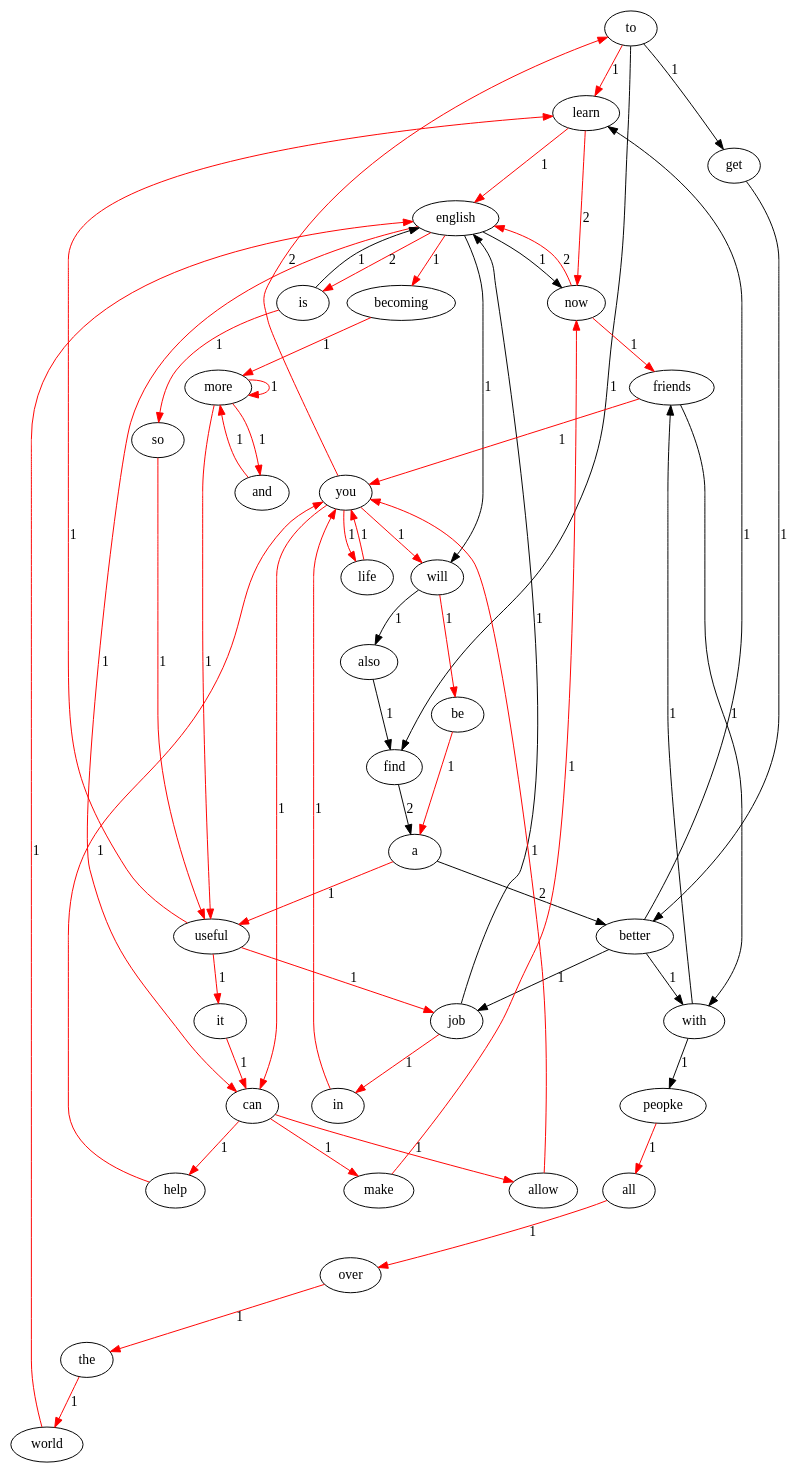
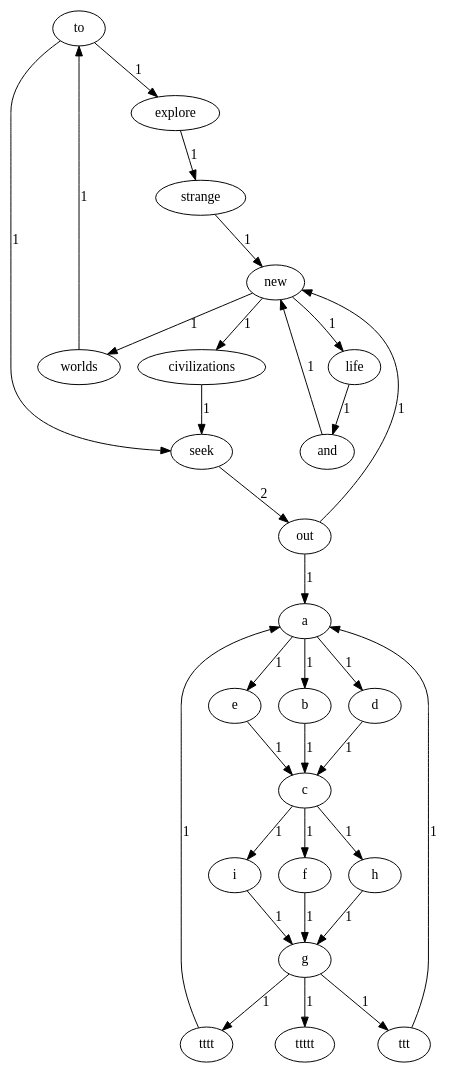
One commit to The-water-tree/Lab1-1 changed the diagram in lab1/file3.gv. Above: the diagram before and after it, drawn with Graphviz. The commit also changed 3 other files, not shown here.

```diff
--- a/lab1/file3.gv
+++ b/lab1/file3.gv
@@ -1,92 +1,54 @@
 digraph abc{to;
-learn;
-english;
-now;
-is;
-becoming;
-more;
+explore;
+strange;
+new;
+worlds;
+seek;
+out;
+life;
 and;
-useful;
-it;
-can;
-help;
-you;
-find;
+civilizations;
 a;
-better;
-job;
-allow;
-get;
-with;
-friends;
-make;
-peopke;
-all;
-over;
-the;
-world;
-will;
-be;
-in;
-life;
-also;
-so;
-to -> learn [label = "1" , color = "red"];
-to -> find [label = "1" ];
-to -> get [label = "1" ];
-learn -> english [label = "1" , color = "red"];
-learn -> now [label = "2" , color = "red"];
-english -> now [label = "1" ];
-english -> is [label = "2" , color = "red"];
-english -> becoming [label = "1" , color = "red"];
-english -> can [label = "1" , color = "red"];
-english -> will [label = "1" ];
-now -> english [label = "2" , color = "red"];
-now -> friends [label = "1" , color = "red"];
-is -> english [label = "1" ];
-is -> so [label = "1" , color = "red"];
-becoming -> more [label = "1" , color = "red"];
-more -> and [label = "1" , color = "red"];
-more -> more [label = "1" , color = "red"];
-more -> useful [label = "1" , color = "red"];
-and -> more [label = "1" , color = "red"];
-useful -> it [label = "1" , color = "red"];
-useful -> job [label = "1" , color = "red"];
-useful -> learn [label = "1" , color = "red"];
-it -> can [label = "1" , color = "red"];
-can -> help [label = "1" , color = "red"];
-can -> allow [label = "1" , color = "red"];
-can -> make [label = "1" , color = "red"];
-help -> you [label = "1" , color = "red"];
-you -> to [label = "2" , color = "red"];
-you -> can [label = "1" , color = "red"];
-you -> life [label = "1" , color = "red"];
-you -> will [label = "1" , color = "red"];
-find -> a [label = "2" ];
-a -> better [label = "2" ];
-a -> useful [label = "1" , color = "red"];
-better -> job [label = "1" ];
-better -> with [label = "1" ];
-better -> learn [label = "1" ];
-job -> english [label = "1" ];
-job -> in [label = "1" , color = "red"];
-allow -> you [label = "1" , color = "red"];
-get -> better [label = "1" ];
-with -> friends [label = "1" ];
-with -> peopke [label = "1" ];
-friends -> you [label = "1" , color = "red"];
-friends -> with [label = "1" ];
-make -> now [label = "1" , color = "red"];
-peopke -> all [label = "1" , color = "red"];
-all -> over [label = "1" , color = "red"];
-over -> the [label = "1" , color = "red"];
-the -> world [label = "1" , color = "red"];
-world -> english [label = "1" , color = "red"];
-will -> be [label = "1" , color = "red"];
-will -> also [label = "1" ];
-be -> a [label = "1" , color = "red"];
-in -> you [label = "1" , color = "red"];
-life -> you [label = "1" , color = "red"];
-also -> find [label = "1" ];
-so -> useful [label = "1" , color = "red"];
+b;
+c;
+f;
+g;
+ttt;
+d;
+h;
+tttt;
+e;
+i;
+ttttt;
+to -> explore [label = "1" ];
+to -> seek [label = "1" ];
+explore -> strange [label = "1" ];
+strange -> new [label = "1" ];
+new -> worlds [label = "1" ];
+new -> life [label = "1" ];
+new -> civilizations [label = "1" ];
+worlds -> to [label = "1" ];
+seek -> out [label = "2" ];
+out -> new [label = "1" ];
+out -> a [label = "1" ];
+life -> and [label = "1" ];
+and -> new [label = "1" ];
+civilizations -> seek [label = "1" ];
+a -> b [label = "1" ];
+a -> d [label = "1" ];
+a -> e [label = "1" ];
+b -> c [label = "1" ];
+c -> f [label = "1" ];
+c -> h [label = "1" ];
+c -> i [label = "1" ];
+f -> g [label = "1" ];
+g -> ttt [label = "1" ];
+g -> tttt [label = "1" ];
+g -> ttttt [label = "1" ];
+ttt -> a [label = "1" ];
+d -> c [label = "1" ];
+h -> g [label = "1" ];
+tttt -> a [label = "1" ];
+e -> c [label = "1" ];
+i -> g [label = "1" ];
 }
```
